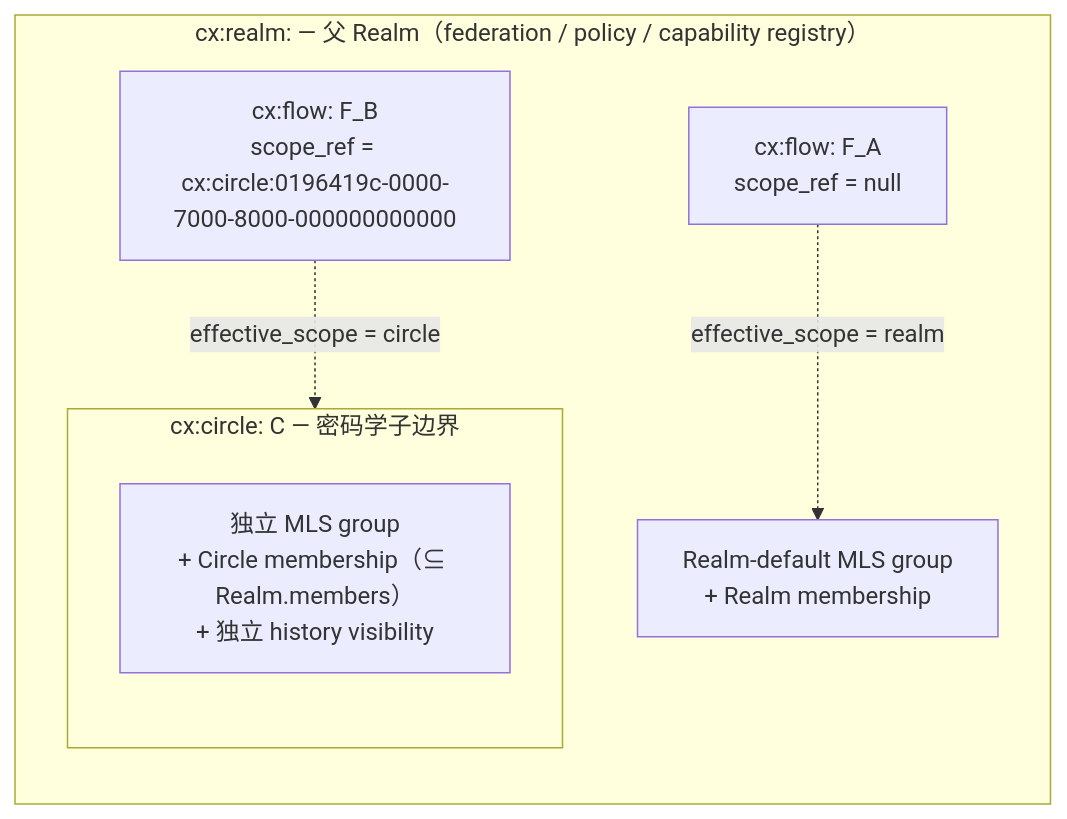
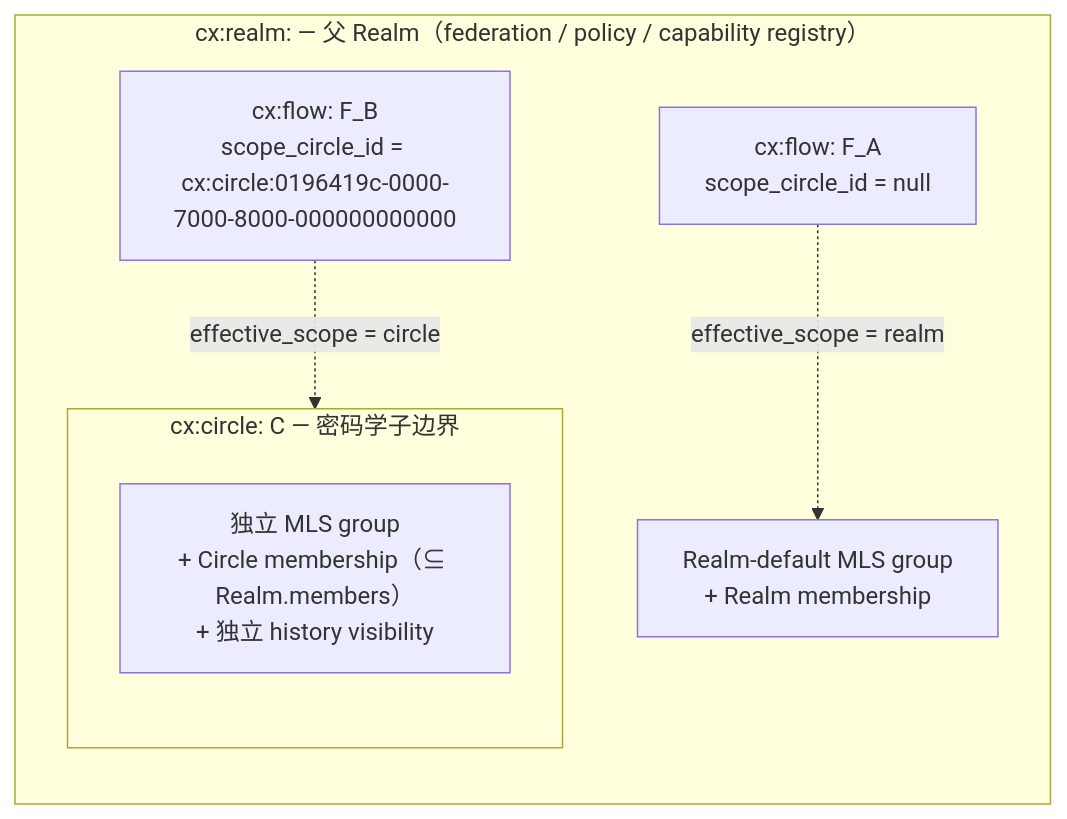
The diagram in spec/v1/zh/models/flow-and-message.md (arkret-org/arkret-spec), drawn with Mermaid before and after one commit. The commit also changed other lines of this file and 52 other files, not shown here.

````diff
--- a/spec/v1/zh/models/flow-and-message.md
+++ b/spec/v1/zh/models/flow-and-message.md
@@ -318,16 +318,16 @@
 ```mermaid
 flowchart LR
     subgraph Realm ["cx:realm: — 父 Realm（federation / policy / capability registry）"]
         direction TB
-        FlowA["cx:flow: F_A<br/>scope_ref = null"]
-        FlowB["cx:flow: F_B<br/>scope_ref = cx:circle:0196419c-0000-7000-8000-000000000000"]
+        FlowA["cx:flow: F_A<br/>scope_circle_id = null"]
+        FlowB["cx:flow: F_B<br/>scope_circle_id = cx:circle:0196419c-0000-7000-8000-000000000000"]
         RealmMLS["Realm-default MLS group<br/>+ Realm membership"]
         subgraph Circle ["cx:circle: C — 密码学子边界"]
             direction TB
             CircleMLS["独立 MLS group<br/>+ Circle membership（⊆ Realm.members）<br/>+ 独立 history visibility"]
         end
 
         FlowA -. "effective_scope = realm" .-> RealmMLS
         FlowB -. "effective_scope = circle" .-> CircleMLS
     end
 ```
````
